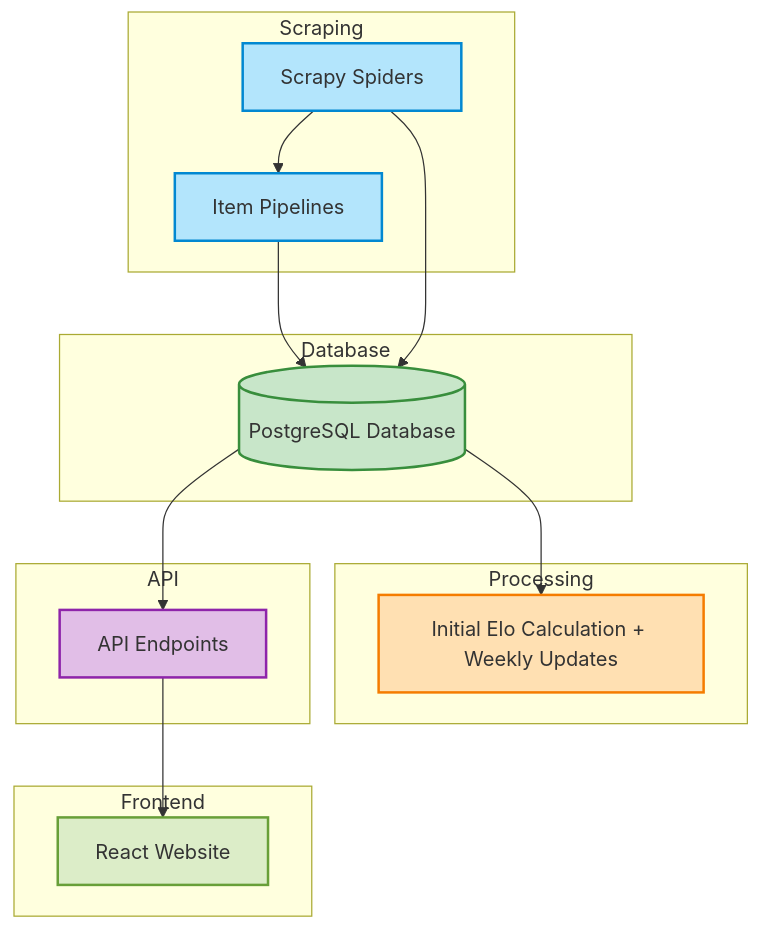
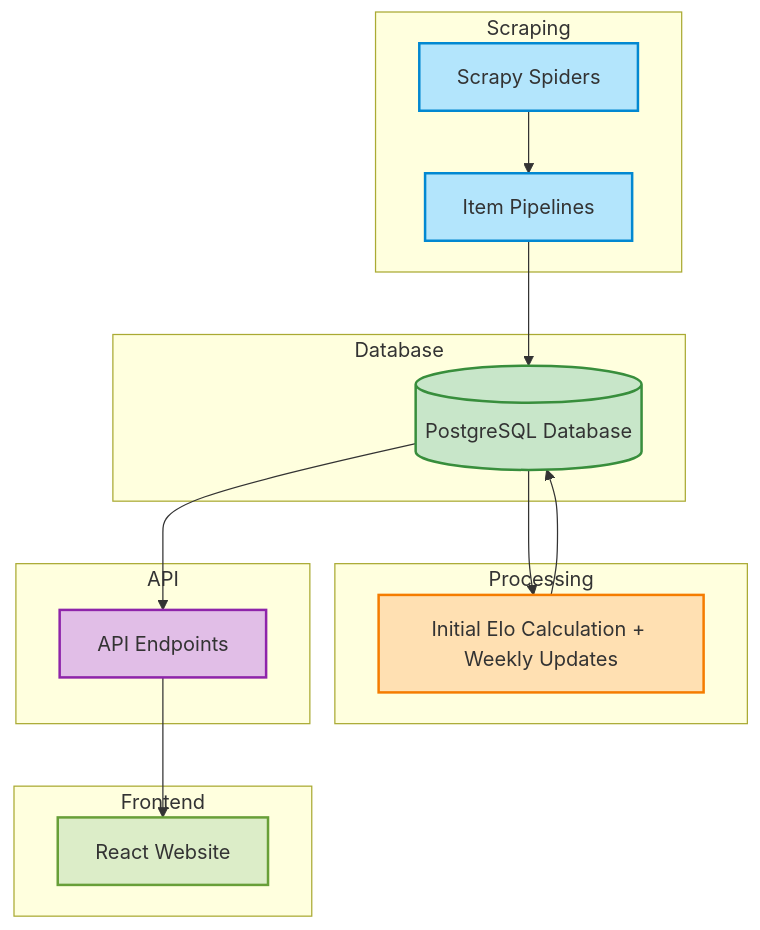
The diagram in README.md (alpinedev51/mma-elo-engine-py), drawn with Mermaid before and after one commit.

````diff
--- a/README.md
+++ b/README.md
@@ -52,43 +52,43 @@
 ```mermaid
 flowchart TD
 
     subgraph Scraping
         A1[Scrapy Spiders] --> A2[Item Pipelines]
     end
 
     subgraph Database
         A2 --> B1[(PostgreSQL Database)]
     end
 
     subgraph Processing
         B1 --> C1[Initial Elo Calculation + Weekly Updates]
-        A1 --> B1
+        C1 --> B1
     end
 
     subgraph API
         B1 --> D1[API Endpoints]
     end
 
     subgraph Frontend
         D1 --> E1[React Website]
     end
 
     click A1 "Scrapy Spiders regularly crawl MMA websites for fighter data."
     click A2 "Pipelines process and store the fighter data into the database."
     click B1 "PostgreSQL database houses fighter data and Elo scores."
     click C1 "A weekly job calculates and updates Elo ratings."
     click D1 "APIs provide access to stored data."
     click E1 "Data is displayed on a React-based frontend."
 
     classDef blue fill:#B3E5FC,stroke:#0288D1,stroke-width:2px;
     classDef green fill:#C8E6C9,stroke:#388E3C,stroke-width:2px;
     classDef orange fill:#FFE0B2,stroke:#F57C00,stroke-width:2px;
     classDef purple fill:#E1BEE7,stroke:#8E24AA,stroke-width:2px;
     classDef lightgreen fill:#DCEDC8,stroke:#689F38,stroke-width:2px;
 
     class A1,A2 blue
     class B1 green
     class C1 orange
     class D1 purple
     class E1 lightgreen
 ```
````
